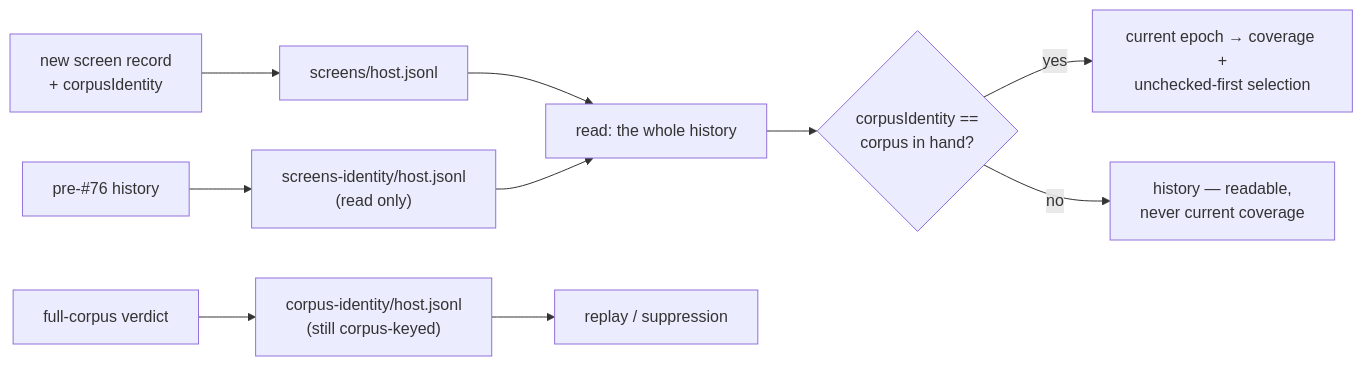
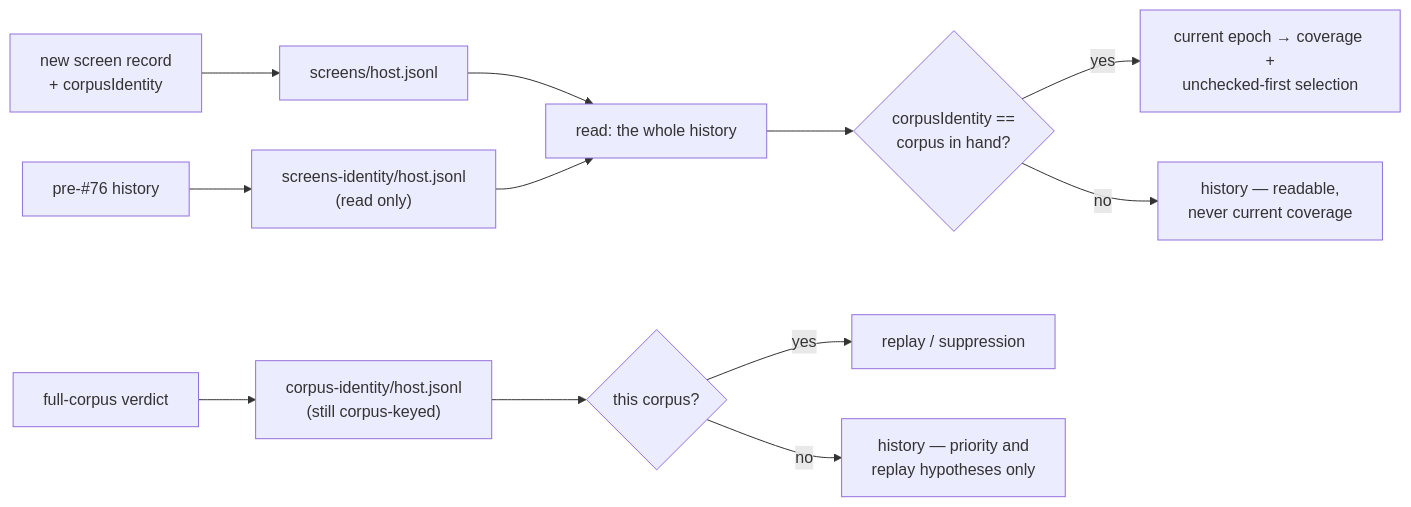
One commit to stSoftwareAU/NEAT-AI-Ockham changed the fourth of 12 diagrams in README.md. Above: the diagram before and after it, drawn with Mermaid. The commit also changed other lines of this file and 7 other files, not shown here.

````diff
--- a/README.md
+++ b/README.md
@@ -479,12 +481,14 @@
 ```mermaid
 flowchart LR
     N["new screen record<br/>+ corpusIdentity"] --> S["screens/host.jsonl"]
     L["pre-#76 history"] --> O["screens-identity/host.jsonl<br/>(read only)"]
     S --> U["read: the whole history"]
     O --> U
     U --> E{"corpusIdentity ==<br/>corpus in hand?"}
     E -->|yes| A["current epoch → coverage +<br/>unchecked-first selection"]
     E -->|no| H["history — readable,<br/>never current coverage"]
     V["full-corpus verdict"] --> C["corpus-identity/host.jsonl<br/>(still corpus-keyed)"]
-    C --> P["replay / suppression"]
+    C --> Y{"this corpus?"}
+    Y -->|yes| P["replay / suppression"]
+    Y -->|no| G["history — priority and<br/>replay hypotheses only"]
 ```
````
